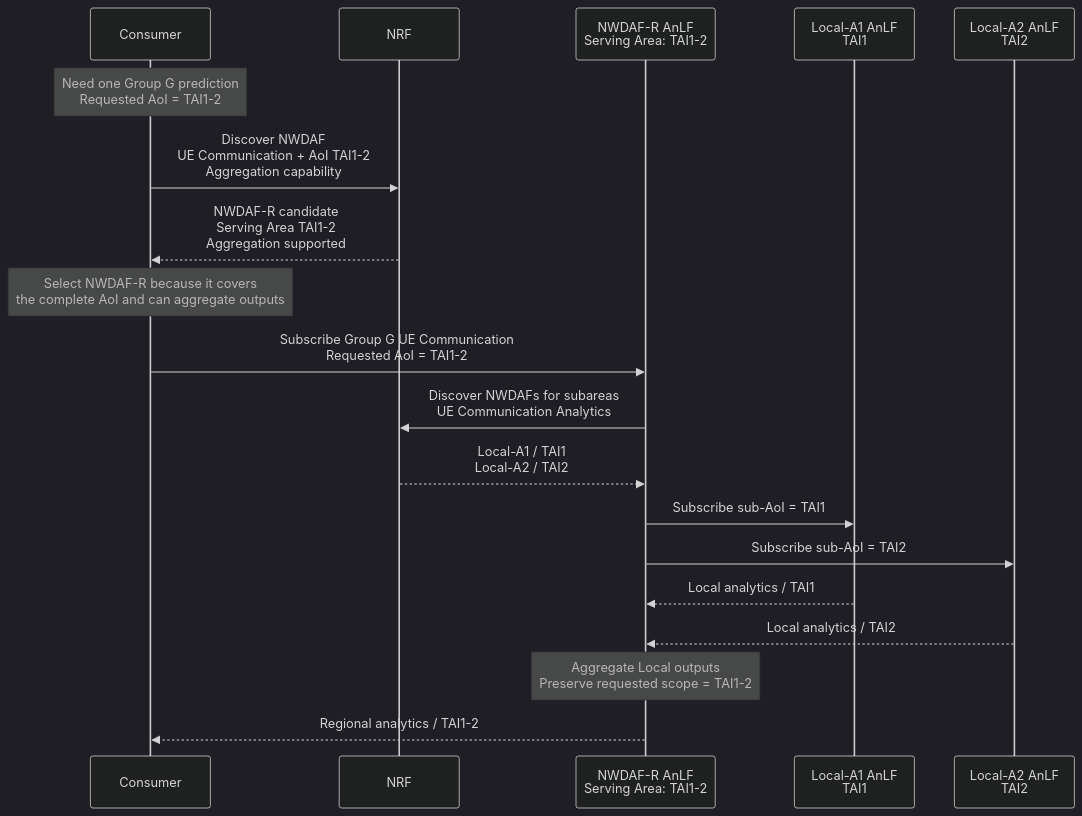
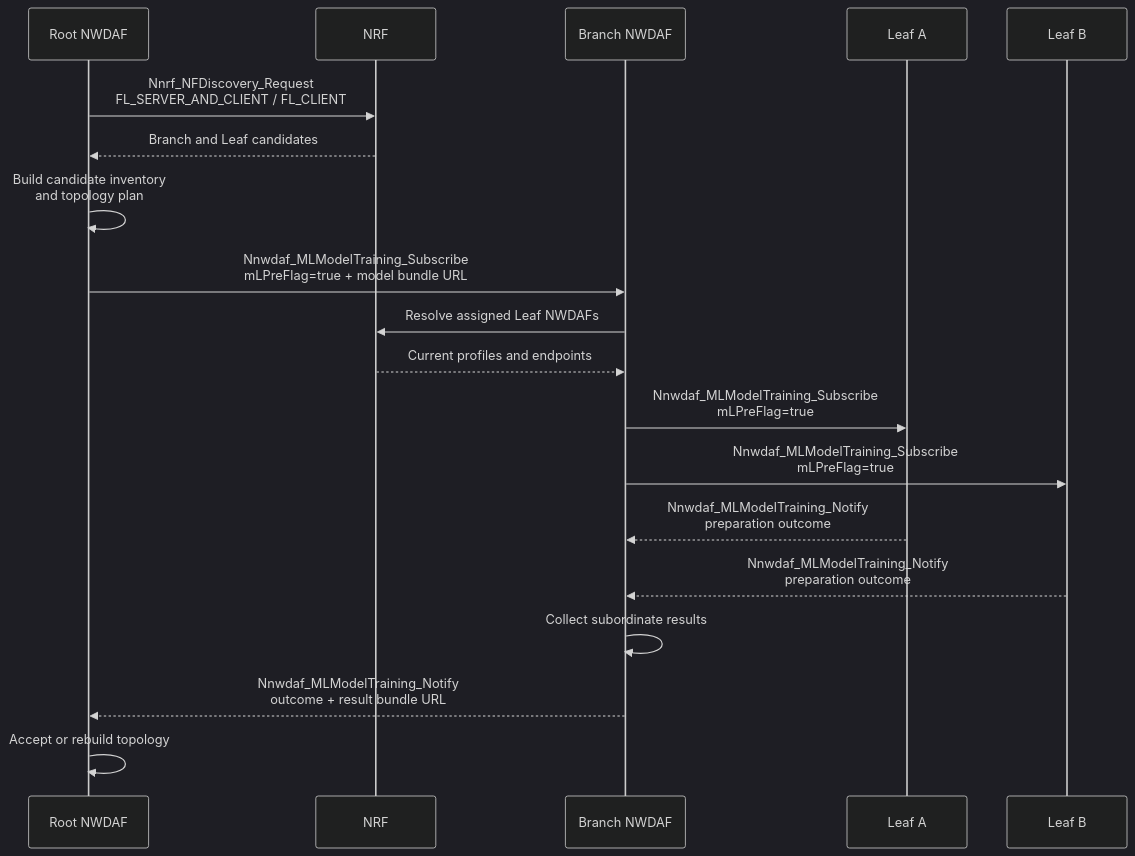
One commit to ChingJe/nwdaf-docs changed the third of 4 diagrams in docs/notes/distributed/overview/hierarchical_fl_meeting_overview.md. Above: the diagram before and after it, drawn with Mermaid (dark theme). The commit also changed other lines of this file and 1 other file, not shown here.

````diff
--- a/docs/notes/distributed/overview/hierarchical_fl_meeting_overview.md
+++ b/docs/notes/distributed/overview/hierarchical_fl_meeting_overview.md
@@ -172,22 +439,26 @@
-```mermaid
+~~~mermaid
 sequenceDiagram
-    participant C as Consumer
-    participant NRF as NRF
-    participant R as NWDAF-R AnLF<br/>Serving Area: TAI1-2
-    participant L1 as Local-A1 AnLF<br/>TAI1
-    participant L2 as Local-A2 AnLF<br/>TAI2
+    participant ROOT as Root NWDAF
+    participant NRF
+    participant BRANCH as Branch NWDAF
+    participant A as Leaf A
+    participant B as Leaf B
 
-    Note over C: Need one Group G prediction<br/>Requested AoI = TAI1-2
-    C->>NRF: Discover NWDAF<br/>UE Communication + AoI TAI1-2<br/>Aggregation capability
-    NRF-->>C: NWDAF-R candidate<br/>Serving Area TAI1-2<br/>Aggregation supported
-    Note over C: Select NWDAF-R because it covers<br/>the complete AoI and can aggregate outputs
-    C->>R: Subscribe Group G UE Communication<br/>Requested AoI = TAI1-2
-    R->>NRF: Discover NWDAFs for subareas<br/>UE Communication Analytics
-    NRF-->>R: Local-A1 / TAI1<br/>Local-A2 / TAI2
-    R->>L1: Subscribe sub-AoI = TAI1
-    R->>L2: Subscribe sub-AoI = TAI2
-    L1-->>R: Local analytics / TAI1
-    L2-->>R: Local analytics / TAI2
-    Note over R: Aggregate Local outputs<br/>Preserve requested scope = TAI1-2
-    R-->>C: Regional analytics / TAI1-2
-```
+    ROOT->>NRF: Nnrf_NFDiscovery_Request<br/>FL_SERVER_AND_CLIENT / FL_CLIENT
+    NRF-->>ROOT: Branch and Leaf candidates
+    ROOT->>ROOT: Build candidate inventory<br/>and topology plan
+
+    ROOT->>BRANCH: Nnwdaf_MLModelTraining_Subscribe<br/>mLPreFlag=true + model bundle URL
+    BRANCH->>NRF: Resolve assigned Leaf NWDAFs
+    NRF-->>BRANCH: Current profiles and endpoints
+
+    BRANCH->>A: Nnwdaf_MLModelTraining_Subscribe<br/>mLPreFlag=true
+    BRANCH->>B: Nnwdaf_MLModelTraining_Subscribe<br/>mLPreFlag=true
+
+    A-->>BRANCH: Nnwdaf_MLModelTraining_Notify<br/>preparation outcome
+    B-->>BRANCH: Nnwdaf_MLModelTraining_Notify<br/>preparation outcome
+
+    BRANCH->>BRANCH: Collect subordinate results
+    BRANCH-->>ROOT: Nnwdaf_MLModelTraining_Notify<br/>outcome + result bundle URL
+    ROOT->>ROOT: Accept or rebuild topology
+~~~
````
